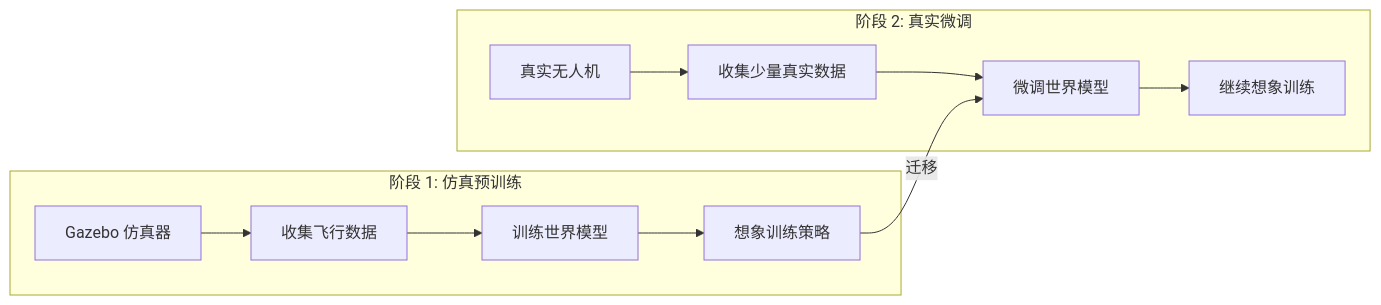
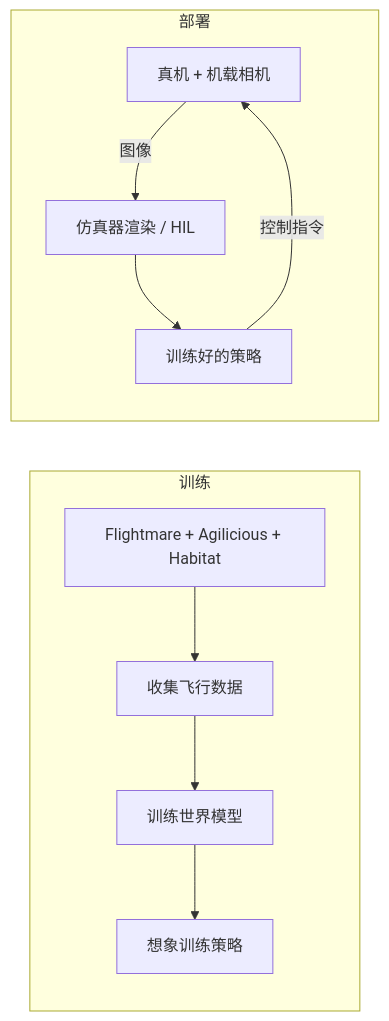
Before and after one commit to Qxy661/UAV-WM-VLA-Learning: the sixth of 9 diagrams in docs/02-世界模型专题/03-模型强化学习世界模型.md, drawn with Mermaid. The commit also changed other lines of this file and 53 other files, not shown here.

````diff
--- a/docs/02-世界模型专题/03-模型强化学习世界模型.md
+++ b/docs/02-世界模型专题/03-模型强化学习世界模型.md
@@ -324,16 +320,13 @@
 ```mermaid
 graph LR
-    subgraph 阶段 1: 仿真预训练
-        A[Gazebo 仿真器] --> B[收集飞行数据]
+    subgraph 训练
+        A[Flightmare + Agilicious + Habitat] --> B[收集飞行数据]
         B --> C[训练世界模型]
         C --> D[想象训练策略]
     end
-
-    subgraph 阶段 2: 真实微调
-        E[真实无人机] --> F[收集少量真实数据]
-        F --> G[微调世界模型]
-        G --> H[继续想象训练]
+    subgraph 部署
+        E[真机 + 机载相机] -->|图像| F[仿真器渲染 / HIL]
+        F --> G[训练好的策略]
+        G -->|控制指令| E
     end
-
-    D -->|迁移| G
 ```
````
